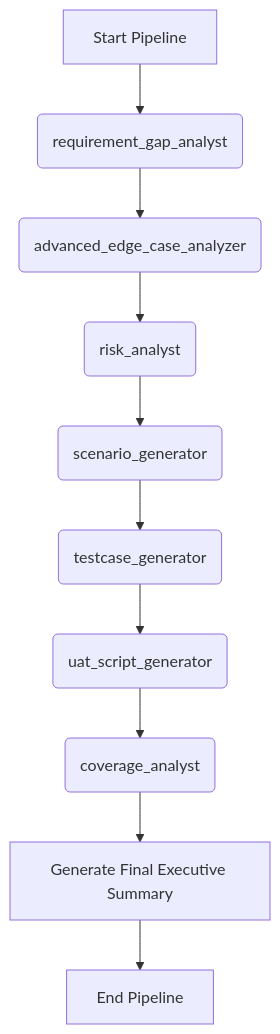
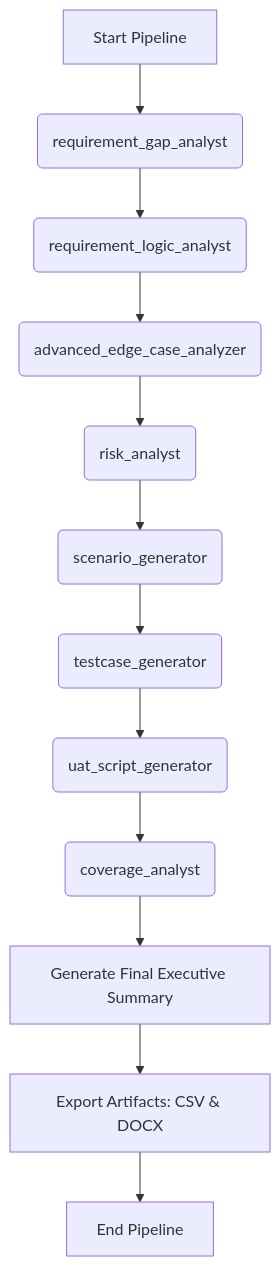
The diagram in workflows/05_Ultimate_QA_Pipeline.md (naulmai/qa-auto-kit), drawn with Mermaid before and after one commit. The commit also changed other lines of this file and 11 other files, not shown here.

Commit message:
feat(phase-0): foundation fix - align workflows, add logic anomaly template, and clarify architecture

````diff
--- a/workflows/05_Ultimate_QA_Pipeline.md
+++ b/workflows/05_Ultimate_QA_Pipeline.md
@@ -12,12 +12,14 @@
 ```mermaid
 graph TD
     A[Start Pipeline] --> B(requirement_gap_analyst)
-    B --> C(advanced_edge_case_analyzer)
-    C --> D(risk_analyst)
-    D --> E(scenario_generator)
-    E --> F(testcase_generator)
-    F --> G(uat_script_generator)
-    G --> H(coverage_analyst)
-    H --> I[Generate Final Executive Summary]
-    I --> J[End Pipeline]
+    B --> C(requirement_logic_analyst)
+    C --> D(advanced_edge_case_analyzer)
+    D --> E(risk_analyst)
+    E --> F(scenario_generator)
+    F --> G(testcase_generator)
+    G --> H(uat_script_generator)
+    H --> I(coverage_analyst)
+    I --> J[Generate Final Executive Summary]
+    J --> K[Export Artifacts: CSV & DOCX]
+    K --> L[End Pipeline]
 ```
````
